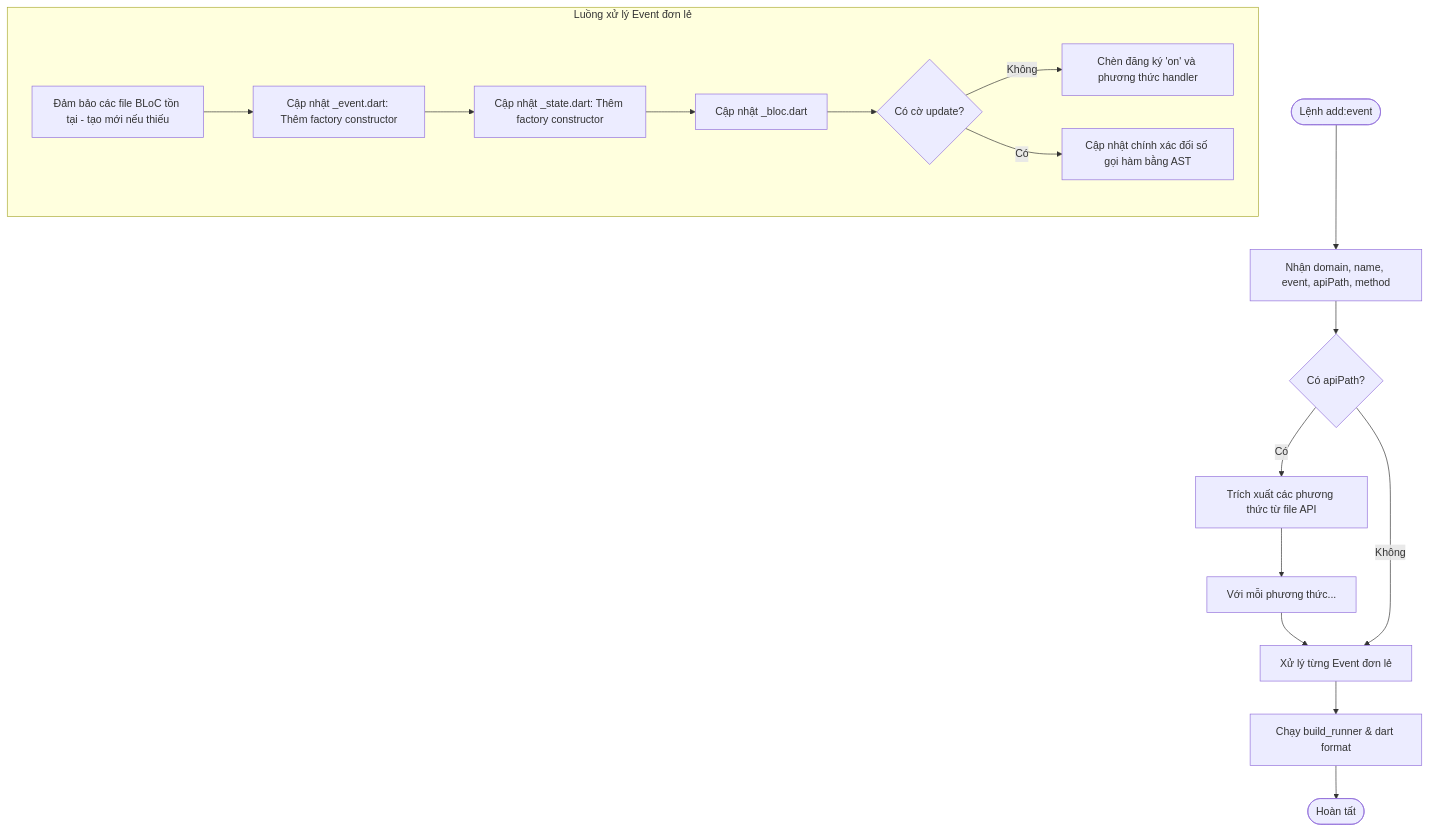
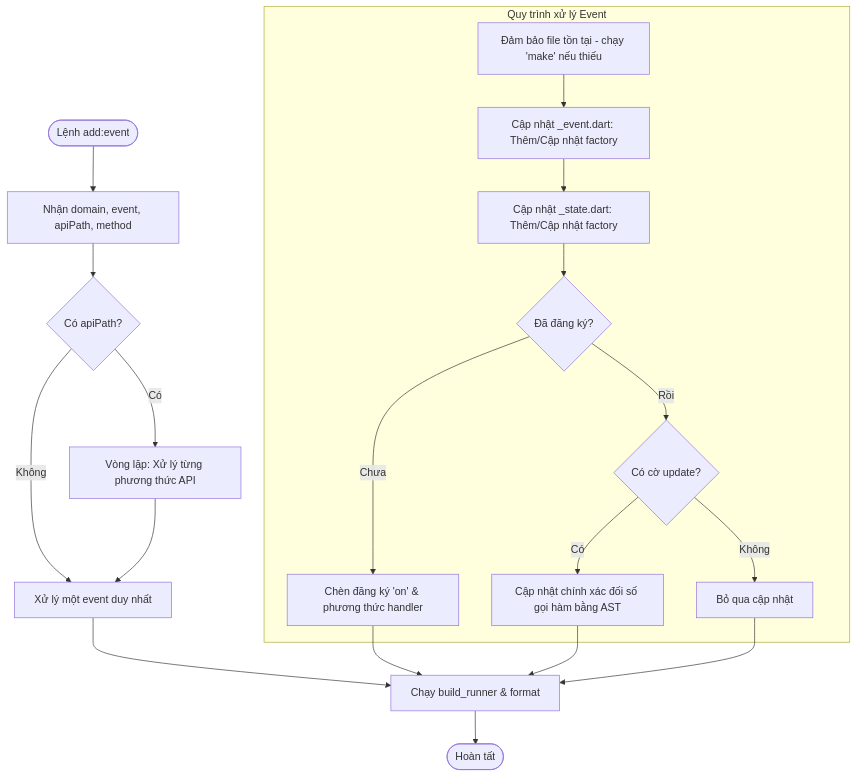
The second of 2 diagrams in README-vi.md (zerolethanh/blocz), drawn with Mermaid before and after one commit. The commit also changed other lines of this file and 2 other files, not shown here.

````diff
--- a/README-vi.md
+++ b/README-vi.md
@@ -23,25 +47,29 @@
 ```mermaid
 graph TD
-    Start([Lệnh add:event]) --> Input[Nhận domain, name, event, apiPath, method]
+    Start([Lệnh add:event]) --> Input[Nhận domain, event, apiPath, method]
     Input --> Mode{Có apiPath?}
     
-    Mode -- Có --> ExtractMethods[Trích xuất các phương thức từ file API]
-    ExtractMethods --> Loop[Với mỗi phương thức...]
-    Loop --> SingleEvent
+    Mode -- Có --> Bulk[Vòng lặp: Xử lý từng phương thức API]
+    Mode -- Không --> Single[Xử lý một event duy nhất]
     
-    Mode -- Không --> SingleEvent[Xử lý từng Event đơn lẻ]
+    Bulk --> Single
     
-    subgraph SingleEventFlow [Luồng xử lý Event đơn lẻ]
-        CheckFiles[Đảm bảo các file BLoC tồn tại - tạo mới nếu thiếu]
-        CheckFiles --> Event[Cập nhật _event.dart: Thêm factory constructor]
-        Event --> State[Cập nhật _state.dart: Thêm factory constructor]
-        State --> Bloc[Cập nhật _bloc.dart]
+    subgraph SingleEventProc [Quy trình xử lý Event]
+        Ensure[Đảm bảo file tồn tại - chạy 'make' nếu thiếu]
+        Ensure --> Ev[Cập nhật _event.dart: Thêm/Cập nhật factory]
+        Ev --> St[Cập nhật _state.dart: Thêm/Cập nhật factory]
+        St --> Bl{Đã đăng ký?}
         
-        Bloc --> UpdateCheck{Có cờ update?}
-        UpdateCheck -- Không --> Registration[Chèn đăng ký 'on' và phương thức handler]
-        UpdateCheck -- Có --> Surgical[Cập nhật chính xác đối số gọi hàm bằng AST]
+        Bl -- Chưa --> Reg[Chèn đăng ký 'on' & phương thức handler]
+        Bl -- Rồi --> Upd{Có cờ update?}
+        
+        Upd -- Có --> Surgical[Cập nhật chính xác đối số gọi hàm bằng AST]
+        Upd -- Không --> Skip[Bỏ qua cập nhật]
     end
     
-    SingleEvent --> Finish[Chạy build_runner & dart format]
+    Single --> Finish[Chạy build_runner & format]
+    Reg --> Finish
+    Surgical --> Finish
+    Skip --> Finish
     Finish --> End([Hoàn tất])
 ```
````
